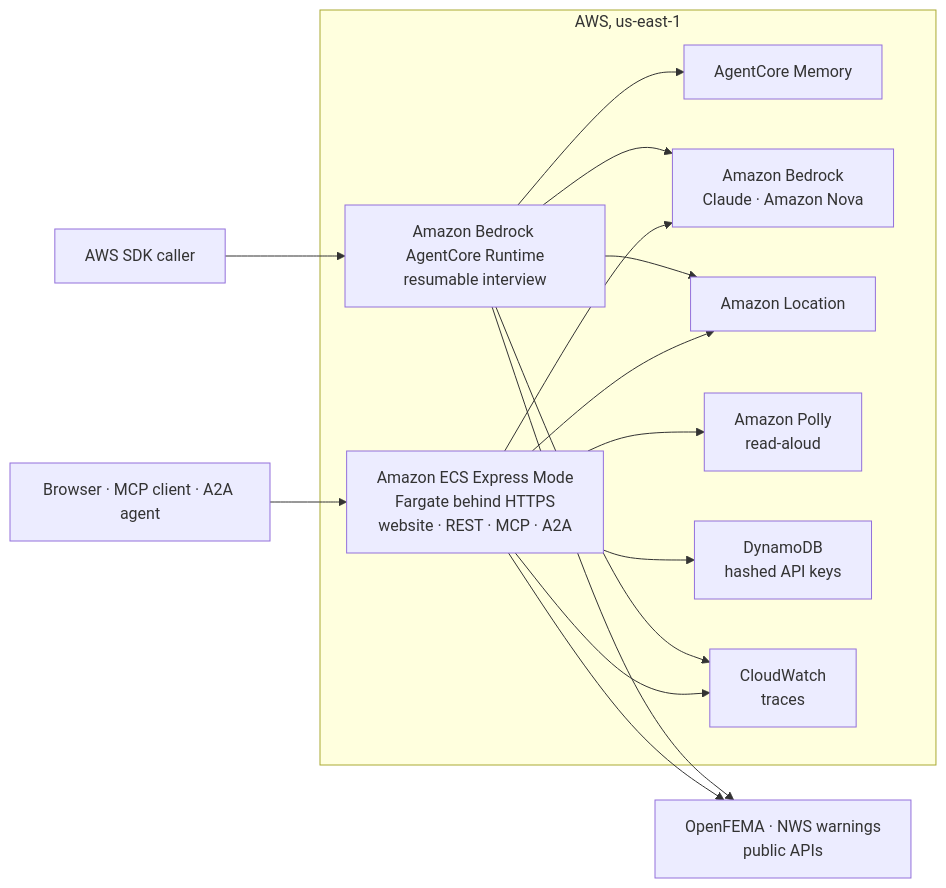
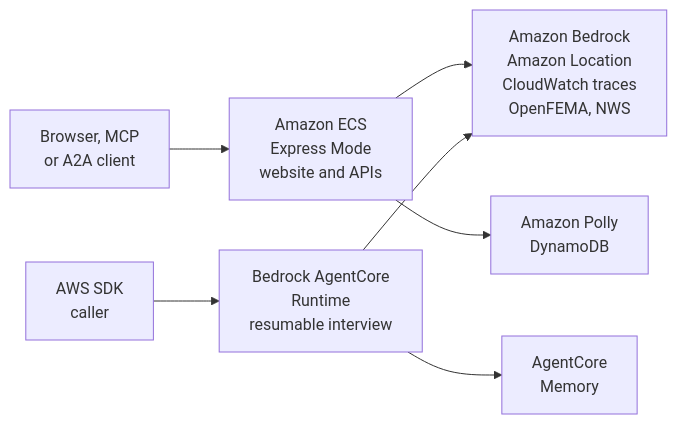
Before and after one commit to usv240/counted: the second of 2 diagrams in README.md, drawn with Mermaid. The commit also changed other lines of this file, not shown here.

Commit message:
﻿README: simpler diagrams (shorter labels; deployment drawn as shared vs per-deployment services)

````diff
--- a/README.md
+++ b/README.md
@@ -86,20 +86,9 @@
 ```mermaid
 flowchart LR
-    users["Browser · MCP client · A2A agent"] --> ecs
-    sdk["AWS SDK caller"] --> agentcore
-    subgraph aws["AWS, us-east-1"]
-        ecs["Amazon ECS Express Mode<br/>Fargate behind HTTPS<br/>website · REST · MCP · A2A"]
-        agentcore["Amazon Bedrock AgentCore Runtime<br/>resumable interview"]
-        memory["AgentCore Memory"]
-        bedrock["Amazon Bedrock<br/>Claude · Amazon Nova"]
-        location["Amazon Location"]
-        polly["Amazon Polly<br/>read-aloud"]
-        dynamo["DynamoDB<br/>hashed API keys"]
-        cw["CloudWatch<br/>traces"]
-    end
-    public["OpenFEMA · NWS warnings<br/>public APIs"]
-    ecs --> bedrock & location & polly & dynamo & cw
-    agentcore --> bedrock & memory & location & cw
-    ecs --> public
-    agentcore --> public
+    web["Browser, MCP<br/>or A2A client"] --> ecs["Amazon ECS<br/>Express Mode<br/>website and APIs"]
+    sdk["AWS SDK<br/>caller"] --> agentcore["Bedrock AgentCore<br/>Runtime<br/>resumable interview"]
+    ecs --> shared["Amazon Bedrock<br/>Amazon Location<br/>CloudWatch traces<br/>OpenFEMA, NWS"]
+    agentcore --> shared
+    ecs --> ecsonly["Amazon Polly<br/>DynamoDB"]
+    agentcore --> memory["AgentCore<br/>Memory"]
 ```
````
